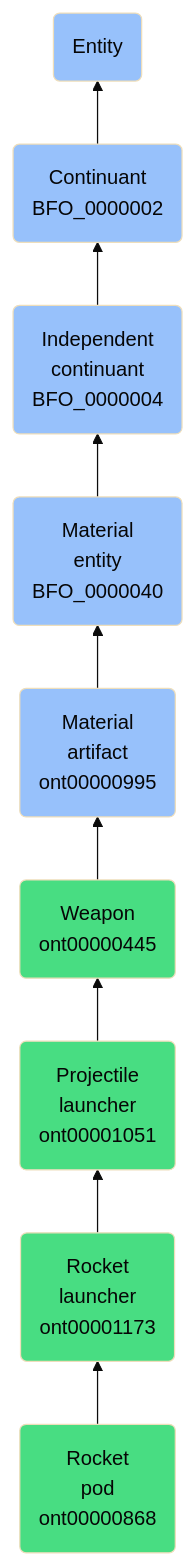
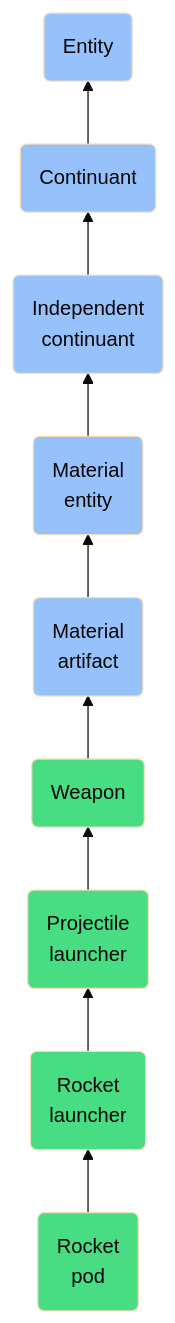
Before and after one commit to jupyter-naas/abi: the diagram in docs/ontology/reference/model/Entity/Continuant/Independent continuant/Material entity/Material artifact/Weapon/Projectile launcher/Rocket launcher/Rocket pod/Rocket pod.md, drawn with Mermaid (base theme). The commit also changed other lines of this file and 1430 other files, not shown here.

````diff
--- a/docs/ontology/reference/model/Entity/Continuant/Independent continuant/Material entity/Material artifact/Weapon/Projectile launcher/Rocket launcher/Rocket pod/Rocket pod.md
+++ b/docs/ontology/reference/model/Entity/Continuant/Independent continuant/Material entity/Material artifact/Weapon/Projectile launcher/Rocket launcher/Rocket pod/Rocket pod.md
@@ -24,16 +24,16 @@
 ```mermaid
 graph BT
-    ont00000868(Rocket<br>pod<br>ont00000868):::ABI-->ont00001173
-    ont00001173(Rocket<br>launcher<br>ont00001173):::ABI-->ont00001051
-    ont00001051(Projectile<br>launcher<br>ont00001051):::ABI-->ont00000445
-    ont00000445(Weapon<br>ont00000445):::ABI-->ont00000995
-    ont00000995(Material<br>artifact<br>ont00000995):::BFO-->BFO_0000040
-    BFO_0000040(Material<br>entity<br>BFO_0000040):::BFO-->BFO_0000004
-    BFO_0000004(Independent<br>continuant<br>BFO_0000004):::BFO-->BFO_0000002
-    BFO_0000002(Continuant<br>BFO_0000002):::BFO-->BFO_0000001
+    ont00000868(Rocket<br>pod):::ABI-->ont00001173
+    ont00001173(Rocket<br>launcher):::ABI-->ont00001051
+    ont00001051(Projectile<br>launcher):::ABI-->ont00000445
+    ont00000445(Weapon):::ABI-->ont00000995
+    ont00000995(Material<br>artifact):::BFO-->BFO_0000040
+    BFO_0000040(Material<br>entity):::BFO-->BFO_0000004
+    BFO_0000004(Independent<br>continuant):::BFO-->BFO_0000002
+    BFO_0000002(Continuant):::BFO-->BFO_0000001
     BFO_0000001(Entity):::BFO
     
     classDef BFO fill:#97c1fb,color:#060606
     classDef CCO fill:#e4c51e,color:#060606
     classDef ABI fill:#48DD82,color:#060606
 ```
````
